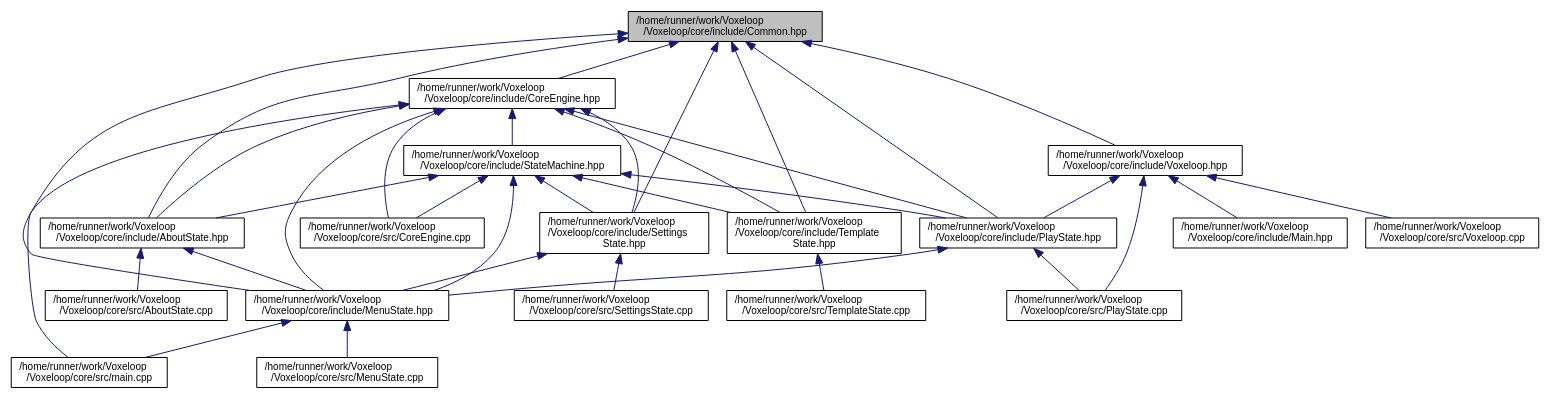
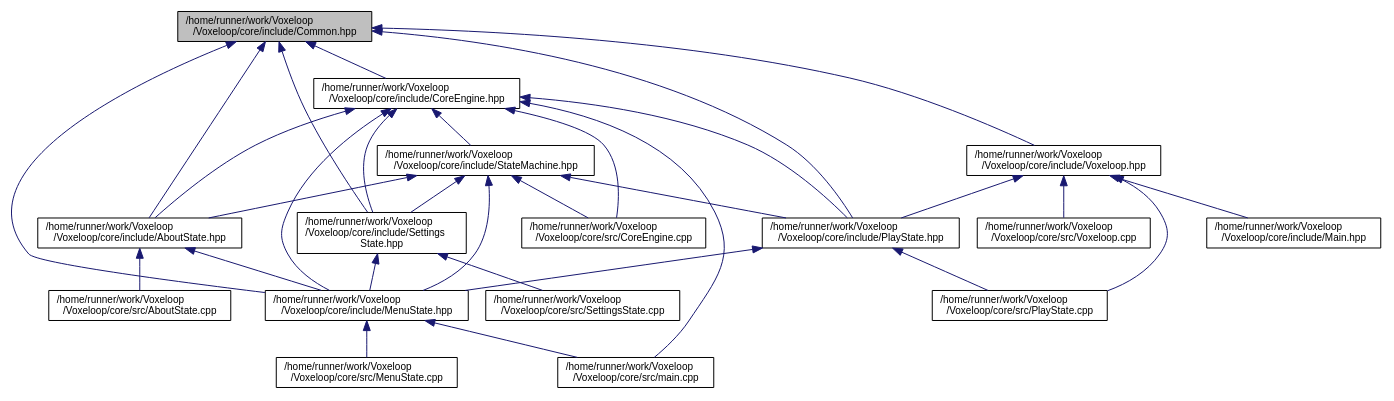
Before and after one commit to jarp0l/Voxeloop: the diagram in docs/Common_8hpp__dep__incl.dot, drawn with Graphviz. The commit also changed 127 other files, not shown here.

```diff
--- a/docs/Common_8hpp__dep__incl.dot
+++ b/docs/Common_8hpp__dep__incl.dot
@@ -1,59 +1,53 @@
 digraph "/home/runner/work/Voxeloop/Voxeloop/core/include/Common.hpp"
 {
  // INTERACTIVE_SVG=YES
  // LATEX_PDF_SIZE
   edge [fontname="Helvetica",fontsize="10",labelfontname="Helvetica",labelfontsize="10"];
   node [fontname="Helvetica",fontsize="10",shape=record];
   Node1 [label="/home/runner/work/Voxeloop\l/Voxeloop/core/include/Common.hpp",height=0.2,width=0.4,color="black", fillcolor="grey75", style="filled", fontcolor="black",tooltip=" "];
   Node1 -> Node2 [dir="back",color="midnightblue",fontsize="10",style="solid",fontname="Helvetica"];
   Node2 [label="/home/runner/work/Voxeloop\l/Voxeloop/core/include/AboutState.hpp",height=0.2,width=0.4,color="black", fillcolor="white", style="filled",URL="$AboutState_8hpp.html",tooltip=" "];
   Node2 -> Node3 [dir="back",color="midnightblue",fontsize="10",style="solid",fontname="Helvetica"];
   Node3 [label="/home/runner/work/Voxeloop\l/Voxeloop/core/include/MenuState.hpp",height=0.2,width=0.4,color="black", fillcolor="white", style="filled",URL="$MenuState_8hpp.html",tooltip=" "];
   Node3 -> Node4 [dir="back",color="midnightblue",fontsize="10",style="solid",fontname="Helvetica"];
   Node4 [label="/home/runner/work/Voxeloop\l/Voxeloop/core/src/main.cpp",height=0.2,width=0.4,color="black", fillcolor="white", style="filled",URL="$main_8cpp.html",tooltip=" "];
   Node3 -> Node5 [dir="back",color="midnightblue",fontsize="10",style="solid",fontname="Helvetica"];
   Node5 [label="/home/runner/work/Voxeloop\l/Voxeloop/core/src/MenuState.cpp",height=0.2,width=0.4,color="black", fillcolor="white", style="filled",URL="$MenuState_8cpp.html",tooltip=" "];
   Node2 -> Node6 [dir="back",color="midnightblue",fontsize="10",style="solid",fontname="Helvetica"];
   Node6 [label="/home/runner/work/Voxeloop\l/Voxeloop/core/src/AboutState.cpp",height=0.2,width=0.4,color="black", fillcolor="white", style="filled",URL="$AboutState_8cpp.html",tooltip=" "];
   Node1 -> Node7 [dir="back",color="midnightblue",fontsize="10",style="solid",fontname="Helvetica"];
   Node7 [label="/home/runner/work/Voxeloop\l/Voxeloop/core/include/CoreEngine.hpp",height=0.2,width=0.4,color="black", fillcolor="white", style="filled",URL="$CoreEngine_8hpp.html",tooltip=" "];
   Node7 -> Node2 [dir="back",color="midnightblue",fontsize="10",style="solid",fontname="Helvetica"];
   Node7 -> Node8 [dir="back",color="midnightblue",fontsize="10",style="solid",fontname="Helvetica"];
   Node8 [label="/home/runner/work/Voxeloop\l/Voxeloop/core/include/StateMachine.hpp",height=0.2,width=0.4,color="black", fillcolor="white", style="filled",URL="$StateMachine_8hpp.html",tooltip=" "];
   Node8 -> Node2 [dir="back",color="midnightblue",fontsize="10",style="solid",fontname="Helvetica"];
   Node8 -> Node9 [dir="back",color="midnightblue",fontsize="10",style="solid",fontname="Helvetica"];
   Node9 [label="/home/runner/work/Voxeloop\l/Voxeloop/core/include/PlayState.hpp",height=0.2,width=0.4,color="black", fillcolor="white", style="filled",URL="$PlayState_8hpp.html",tooltip=" "];
   Node9 -> Node3 [dir="back",color="midnightblue",fontsize="10",style="solid",fontname="Helvetica"];
   Node9 -> Node10 [dir="back",color="midnightblue",fontsize="10",style="solid",fontname="Helvetica"];
   Node10 [label="/home/runner/work/Voxeloop\l/Voxeloop/core/src/PlayState.cpp",height=0.2,width=0.4,color="black", fillcolor="white", style="filled",URL="$PlayState_8cpp.html",tooltip=" "];
   Node8 -> Node11 [dir="back",color="midnightblue",fontsize="10",style="solid",fontname="Helvetica"];
   Node11 [label="/home/runner/work/Voxeloop\l/Voxeloop/core/include/Settings\lState.hpp",height=0.2,width=0.4,color="black", fillcolor="white", style="filled",URL="$SettingsState_8hpp.html",tooltip=" "];
   Node11 -> Node3 [dir="back",color="midnightblue",fontsize="10",style="solid",fontname="Helvetica"];
   Node11 -> Node12 [dir="back",color="midnightblue",fontsize="10",style="solid",fontname="Helvetica"];
   Node12 [label="/home/runner/work/Voxeloop\l/Voxeloop/core/src/SettingsState.cpp",height=0.2,width=0.4,color="black", fillcolor="white", style="filled",URL="$SettingsState_8cpp.html",tooltip=" "];
   Node8 -> Node3 [dir="back",color="midnightblue",fontsize="10",style="solid",fontname="Helvetica"];
   Node8 -> Node13 [dir="back",color="midnightblue",fontsize="10",style="solid",fontname="Helvetica"];
-  Node13 [label="/home/runner/work/Voxeloop\l/Voxeloop/core/include/Template\lState.hpp",height=0.2,width=0.4,color="black", fillcolor="white", style="filled",URL="$TemplateState_8hpp.html",tooltip=" "];
-  Node13 -> Node14 [dir="back",color="midnightblue",fontsize="10",style="solid",fontname="Helvetica"];
-  Node14 [label="/home/runner/work/Voxeloop\l/Voxeloop/core/src/TemplateState.cpp",height=0.2,width=0.4,color="black", fillcolor="white", style="filled",URL="$TemplateState_8cpp.html",tooltip=" "];
-  Node8 -> Node15 [dir="back",color="midnightblue",fontsize="10",style="solid",fontname="Helvetica"];
-  Node15 [label="/home/runner/work/Voxeloop\l/Voxeloop/core/src/CoreEngine.cpp",height=0.2,width=0.4,color="black", fillcolor="white", style="filled",URL="$CoreEngine_8cpp.html",tooltip=" "];
+  Node13 [label="/home/runner/work/Voxeloop\l/Voxeloop/core/src/CoreEngine.cpp",height=0.2,width=0.4,color="black", fillcolor="white", style="filled",URL="$CoreEngine_8cpp.html",tooltip=" "];
   Node7 -> Node3 [dir="back",color="midnightblue",fontsize="10",style="solid",fontname="Helvetica"];
   Node7 -> Node9 [dir="back",color="midnightblue",fontsize="10",style="solid",fontname="Helvetica"];
   Node7 -> Node11 [dir="back",color="midnightblue",fontsize="10",style="solid",fontname="Helvetica"];
   Node7 -> Node13 [dir="back",color="midnightblue",fontsize="10",style="solid",fontname="Helvetica"];
-  Node7 -> Node15 [dir="back",color="midnightblue",fontsize="10",style="solid",fontname="Helvetica"];
   Node7 -> Node4 [dir="back",color="midnightblue",fontsize="10",style="solid",fontname="Helvetica"];
-  Node1 -> Node16 [dir="back",color="midnightblue",fontsize="10",style="solid",fontname="Helvetica"];
-  Node16 [label="/home/runner/work/Voxeloop\l/Voxeloop/core/include/Voxeloop.hpp",height=0.2,width=0.4,color="black", fillcolor="white", style="filled",URL="$Voxeloop_8hpp.html",tooltip=" "];
-  Node16 -> Node17 [dir="back",color="midnightblue",fontsize="10",style="solid",fontname="Helvetica"];
-  Node17 [label="/home/runner/work/Voxeloop\l/Voxeloop/core/include/Main.hpp",height=0.2,width=0.4,color="black", fillcolor="white", style="filled",URL="$Main_8hpp.html",tooltip=" "];
-  Node16 -> Node9 [dir="back",color="midnightblue",fontsize="10",style="solid",fontname="Helvetica"];
-  Node16 -> Node10 [dir="back",color="midnightblue",fontsize="10",style="solid",fontname="Helvetica"];
-  Node16 -> Node18 [dir="back",color="midnightblue",fontsize="10",style="solid",fontname="Helvetica"];
-  Node18 [label="/home/runner/work/Voxeloop\l/Voxeloop/core/src/Voxeloop.cpp",height=0.2,width=0.4,color="black", fillcolor="white", style="filled",URL="$Voxeloop_8cpp.html",tooltip=" "];
+  Node1 -> Node14 [dir="back",color="midnightblue",fontsize="10",style="solid",fontname="Helvetica"];
+  Node14 [label="/home/runner/work/Voxeloop\l/Voxeloop/core/include/Voxeloop.hpp",height=0.2,width=0.4,color="black", fillcolor="white", style="filled",URL="$Voxeloop_8hpp.html",tooltip=" "];
+  Node14 -> Node15 [dir="back",color="midnightblue",fontsize="10",style="solid",fontname="Helvetica"];
+  Node15 [label="/home/runner/work/Voxeloop\l/Voxeloop/core/include/Main.hpp",height=0.2,width=0.4,color="black", fillcolor="white", style="filled",URL="$Main_8hpp.html",tooltip=" "];
+  Node14 -> Node9 [dir="back",color="midnightblue",fontsize="10",style="solid",fontname="Helvetica"];
+  Node14 -> Node10 [dir="back",color="midnightblue",fontsize="10",style="solid",fontname="Helvetica"];
+  Node14 -> Node16 [dir="back",color="midnightblue",fontsize="10",style="solid",fontname="Helvetica"];
+  Node16 [label="/home/runner/work/Voxeloop\l/Voxeloop/core/src/Voxeloop.cpp",height=0.2,width=0.4,color="black", fillcolor="white", style="filled",URL="$Voxeloop_8cpp.html",tooltip=" "];
   Node1 -> Node3 [dir="back",color="midnightblue",fontsize="10",style="solid",fontname="Helvetica"];
   Node1 -> Node9 [dir="back",color="midnightblue",fontsize="10",style="solid",fontname="Helvetica"];
   Node1 -> Node11 [dir="back",color="midnightblue",fontsize="10",style="solid",fontname="Helvetica"];
-  Node1 -> Node13 [dir="back",color="midnightblue",fontsize="10",style="solid",fontname="Helvetica"];
 }
```
